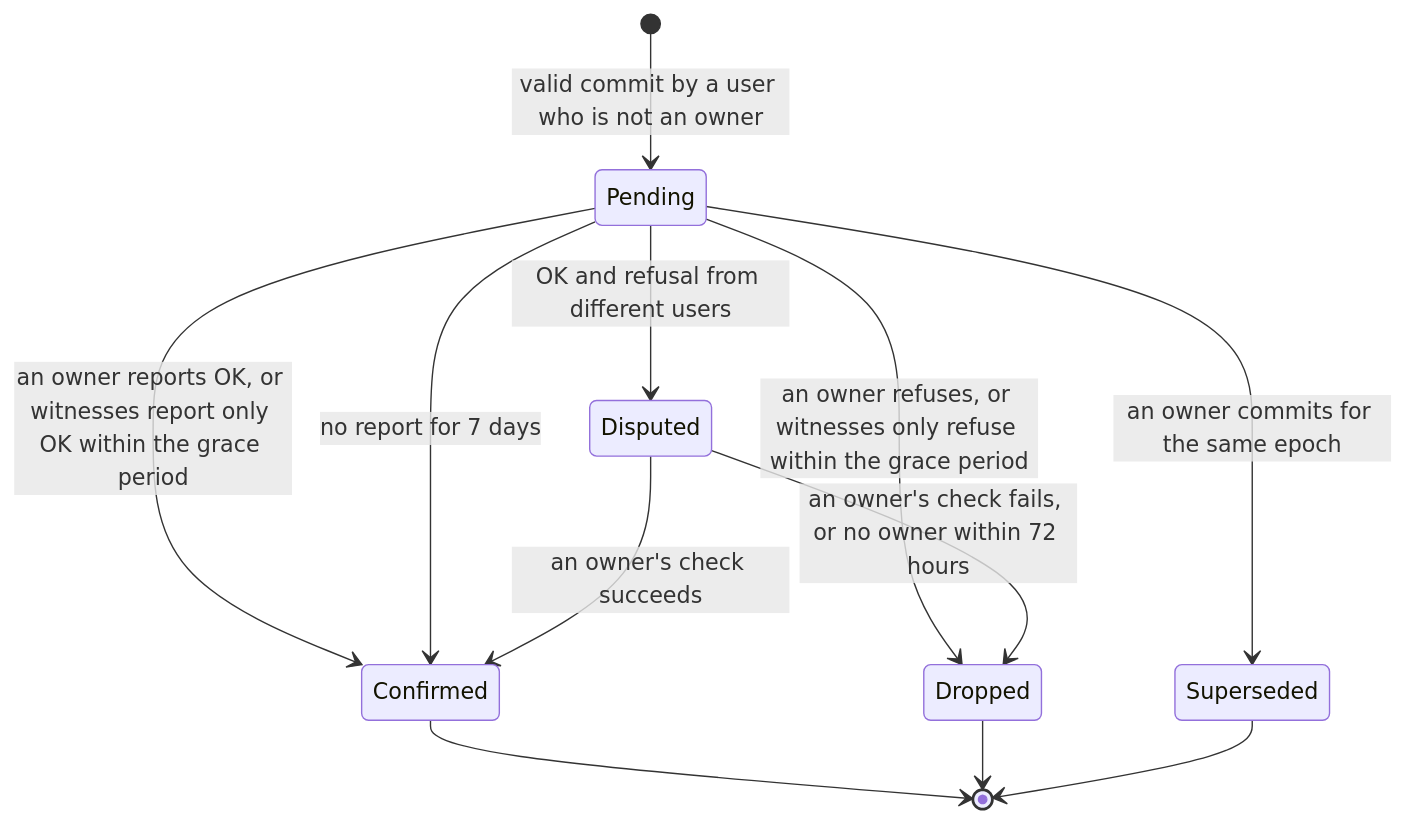
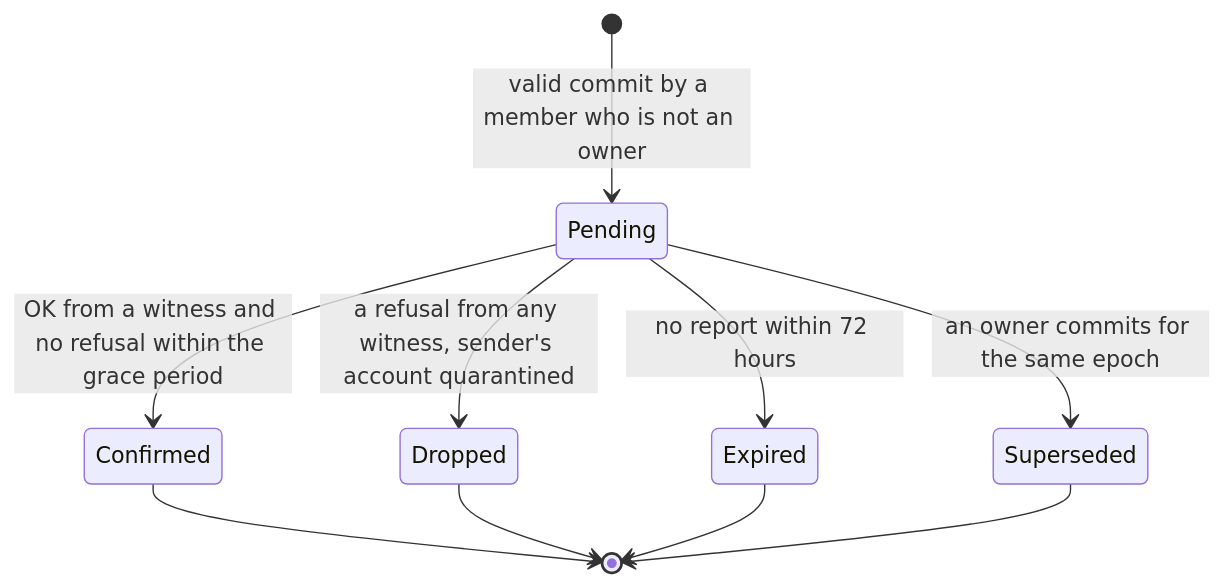
Before and after one commit to BayanDocs/docs: diagram 21 of 21 in specs/threat-model.md, drawn with Mermaid. The commit also changed other lines of this file and 1 other file, not shown here.

````diff
--- a/specs/threat-model.md
+++ b/specs/threat-model.md
@@ -1096,14 +1189,12 @@
 ```mermaid
 stateDiagram-v2
-  [*] --> Pending: valid commit by a user who is not an owner
-  Pending --> Confirmed: an owner reports OK, or witnesses report only OK within the grace period
-  Pending --> Dropped: an owner refuses, or witnesses only refuse within the grace period
-  Pending --> Disputed: OK and refusal from different users
+  [*] --> Pending: valid commit by a member who is not an owner
+  Pending --> Confirmed: OK from a witness and no refusal within the grace period
+  Pending --> Dropped: a refusal from any witness, sender's account quarantined
+  Pending --> Expired: no report within 72 hours
   Pending --> Superseded: an owner commits for the same epoch
-  Pending --> Confirmed: no report for 7 days
-  Disputed --> Confirmed: an owner's check succeeds
-  Disputed --> Dropped: an owner's check fails, or no owner within 72 hours
   Confirmed --> [*]
   Dropped --> [*]
+  Expired --> [*]
   Superseded --> [*]
 ```
````
